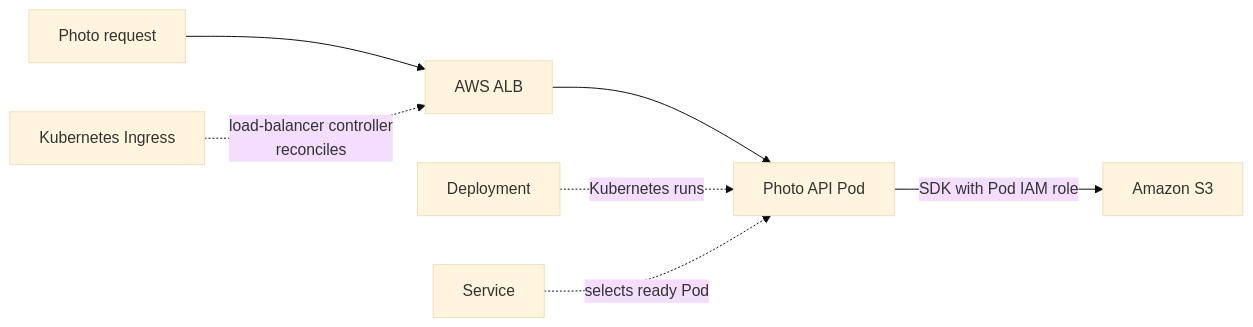
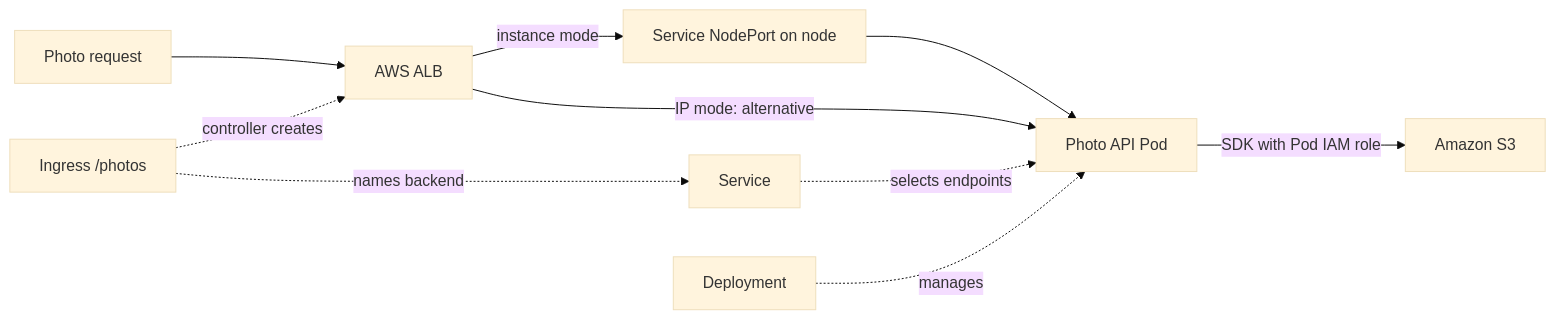
One commit to David-A18/MY-humble-knowledge-for-everyone changed the diagram in knowledge/cross-topic-guides/kubernetes-on-aws.md. Above: the diagram before and after it, drawn with Mermaid (base theme). The commit also changed other lines of this file and 5 other files, not shown here.

````diff
--- a/knowledge/cross-topic-guides/kubernetes-on-aws.md
+++ b/knowledge/cross-topic-guides/kubernetes-on-aws.md
@@ -100,9 +143,12 @@
 ```mermaid
 flowchart LR
   client["Photo request"] --> alb["AWS ALB"]
-  alb --> pod["Photo API Pod"]
-  ingress["Kubernetes Ingress"] -. "load-balancer controller<br/>reconciles" .-> alb
-  deploy["Deployment"] -. "Kubernetes runs" .-> pod
-  service["Service"] -. "selects ready Pod" .-> pod
+  alb -- "instance mode" --> node["Service NodePort on node"]
+  node --> pod["Photo API Pod"]
+  alb -- "IP mode: alternative" --> pod
+  ingress["Ingress /photos"] -. "names backend" .-> service["Service"]
+  ingress -. "controller creates" .-> alb
+  service -. "selects endpoints" .-> pod
+  deploy["Deployment"] -. "manages" .-> pod
   pod -- "SDK with Pod IAM role" --> s3["Amazon S3"]
 ```
````
